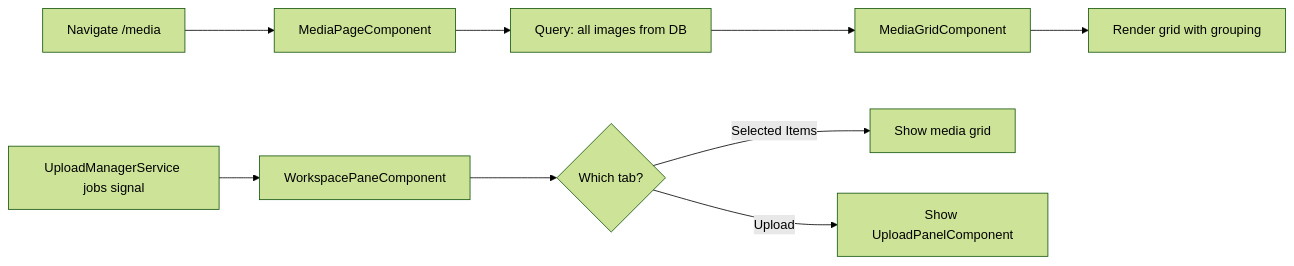
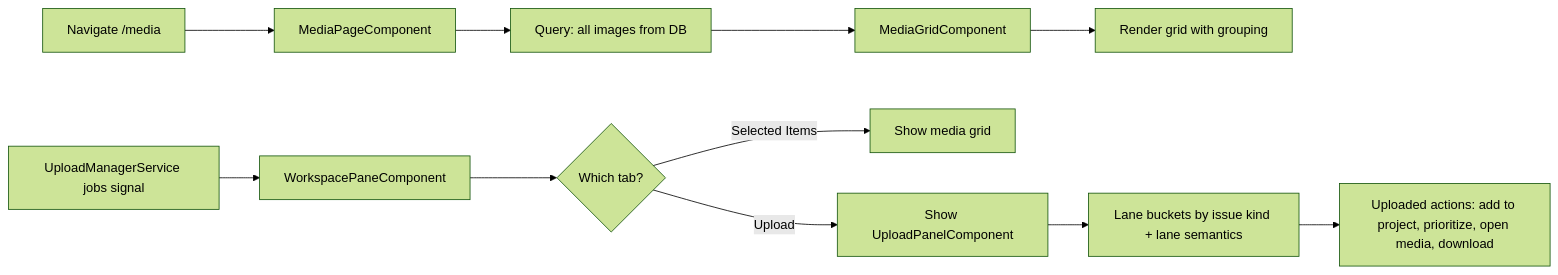
The first of 3 diagrams in docs/element-specs/media-page.md (matkleve/feldpost), drawn with Mermaid (forest theme) before and after one commit. The commit also changed other lines of this file and 23 other files, not shown here.

````diff
--- a/docs/element-specs/media-page.md
+++ b/docs/element-specs/media-page.md
@@ -158,12 +162,14 @@
 ```mermaid
 flowchart LR
     A["Navigate /media"] --> B["MediaPageComponent"]
     B --> C["Query: all images from DB"]
     C --> D["MediaGridComponent"]
     D --> E["Render grid with grouping"]
 
     F["UploadManagerService jobs signal"] --> G["WorkspacePaneComponent"]
     G --> H{"Which tab?"}
     H -->|Selected Items| I["Show media grid"]
     H -->|Upload| J["Show UploadPanelComponent"]
+    J --> K["Lane buckets by issue kind + lane semantics"]
+    K --> L["Uploaded actions: add to project, prioritize, open media, download"]
 ```
````
